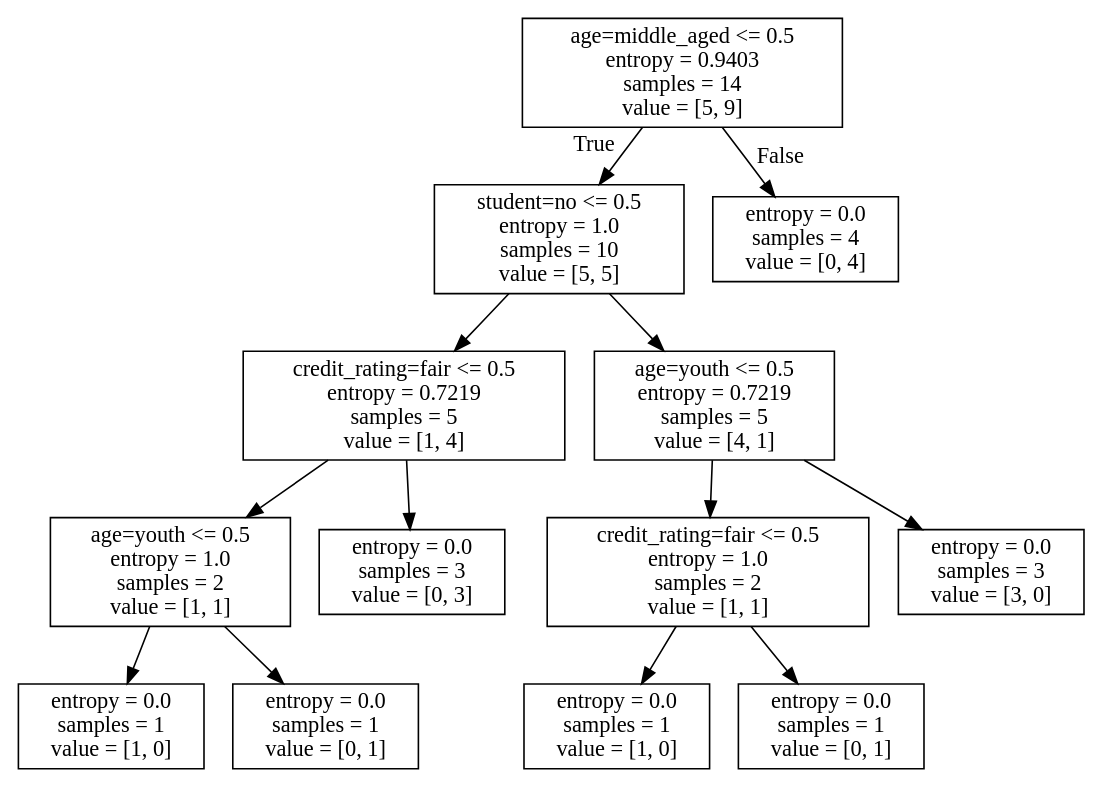
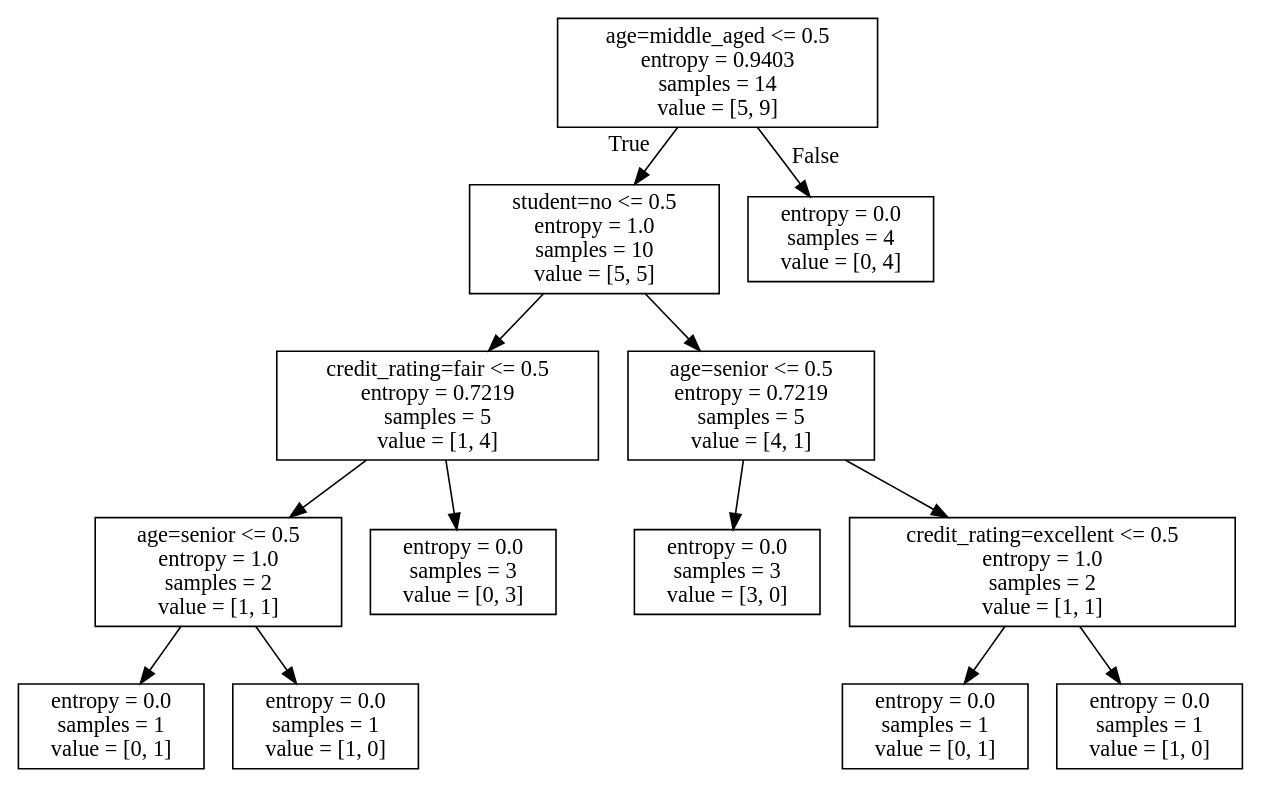
Before and after one commit to dreamsxin/example: the diagram in python/DeepLearningBasics/DecisionTree/allElectronicInformationGainOri.dot, drawn with Graphviz. The commit also changed 3 other files, not shown here.

```diff
--- a/python/DeepLearningBasics/DecisionTree/allElectronicInformationGainOri.dot
+++ b/python/DeepLearningBasics/DecisionTree/allElectronicInformationGainOri.dot
@@ -1,28 +1,28 @@
 digraph Tree {
 node [shape=box] ;
 0 [label="age=middle_aged <= 0.5\nentropy = 0.9403\nsamples = 14\nvalue = [5, 9]"] ;
 1 [label="student=no <= 0.5\nentropy = 1.0\nsamples = 10\nvalue = [5, 5]"] ;
 0 -> 1 [labeldistance=2.5, labelangle=45, headlabel="True"] ;
 2 [label="credit_rating=fair <= 0.5\nentropy = 0.7219\nsamples = 5\nvalue = [1, 4]"] ;
 1 -> 2 ;
-3 [label="age=youth <= 0.5\nentropy = 1.0\nsamples = 2\nvalue = [1, 1]"] ;
+3 [label="age=senior <= 0.5\nentropy = 1.0\nsamples = 2\nvalue = [1, 1]"] ;
 2 -> 3 ;
-4 [label="entropy = 0.0\nsamples = 1\nvalue = [1, 0]"] ;
+4 [label="entropy = 0.0\nsamples = 1\nvalue = [0, 1]"] ;
 3 -> 4 ;
-5 [label="entropy = 0.0\nsamples = 1\nvalue = [0, 1]"] ;
+5 [label="entropy = 0.0\nsamples = 1\nvalue = [1, 0]"] ;
 3 -> 5 ;
 6 [label="entropy = 0.0\nsamples = 3\nvalue = [0, 3]"] ;
 2 -> 6 ;
-7 [label="age=youth <= 0.5\nentropy = 0.7219\nsamples = 5\nvalue = [4, 1]"] ;
+7 [label="age=senior <= 0.5\nentropy = 0.7219\nsamples = 5\nvalue = [4, 1]"] ;
 1 -> 7 ;
-8 [label="credit_rating=fair <= 0.5\nentropy = 1.0\nsamples = 2\nvalue = [1, 1]"] ;
+8 [label="entropy = 0.0\nsamples = 3\nvalue = [3, 0]"] ;
 7 -> 8 ;
-9 [label="entropy = 0.0\nsamples = 1\nvalue = [1, 0]"] ;
-8 -> 9 ;
+9 [label="credit_rating=excellent <= 0.5\nentropy = 1.0\nsamples = 2\nvalue = [1, 1]"] ;
+7 -> 9 ;
 10 [label="entropy = 0.0\nsamples = 1\nvalue = [0, 1]"] ;
-8 -> 10 ;
-11 [label="entropy = 0.0\nsamples = 3\nvalue = [3, 0]"] ;
-7 -> 11 ;
+9 -> 10 ;
+11 [label="entropy = 0.0\nsamples = 1\nvalue = [1, 0]"] ;
+9 -> 11 ;
 12 [label="entropy = 0.0\nsamples = 4\nvalue = [0, 4]"] ;
 0 -> 12 [labeldistance=2.5, labelangle=-45, headlabel="False"] ;
 }
```
